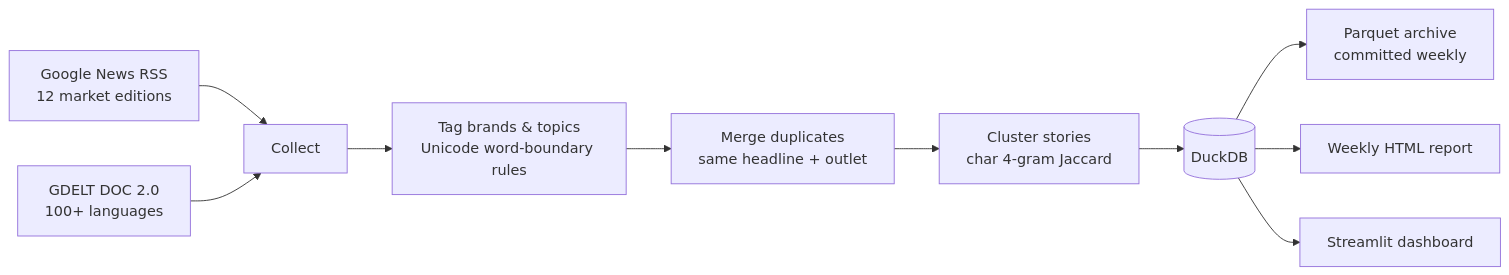
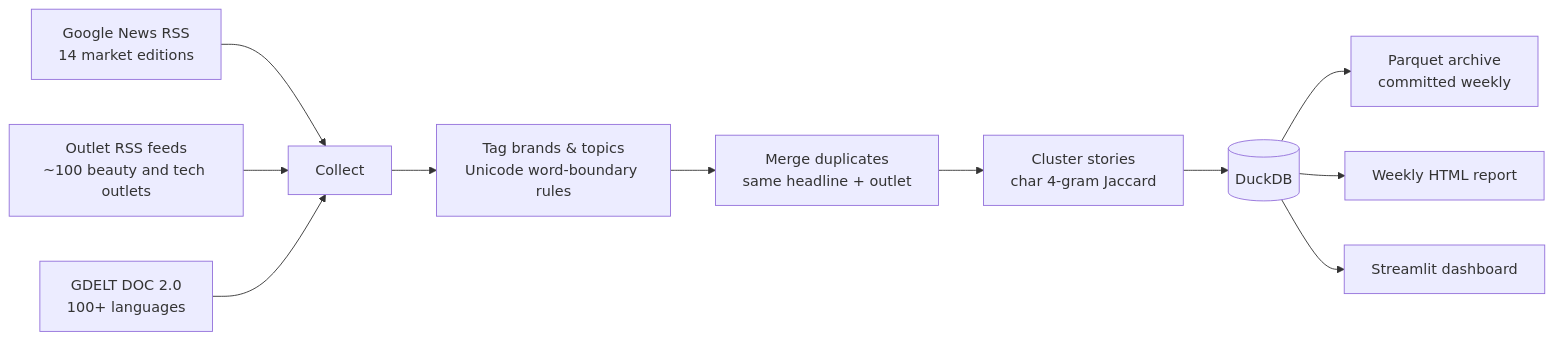
Before and after one commit to Etipufhu/pr-radar: the diagram in README.md, drawn with Mermaid. The commit also changed other lines of this file and 34 other files, not shown here.

````diff
--- a/README.md
+++ b/README.md
@@ -19,12 +33,13 @@
 ```mermaid
 flowchart LR
-    GN[Google News RSS<br/>12 market editions] --> C[Collect]
+    GN[Google News RSS<br/>14 market editions] --> C[Collect]
+    RS[Outlet RSS feeds<br/>~100 beauty and tech outlets] --> C
     GD[GDELT DOC 2.0<br/>100+ languages] --> C
     C --> T[Tag brands & topics<br/>Unicode word-boundary rules]
     T --> M[Merge duplicates<br/>same headline + outlet]
     M --> K[Cluster stories<br/>char 4-gram Jaccard]
     K --> DB[(DuckDB)]
     DB --> A[Parquet archive<br/>committed weekly]
     DB --> R[Weekly HTML report]
     DB --> S[Streamlit dashboard]
 ```
````
